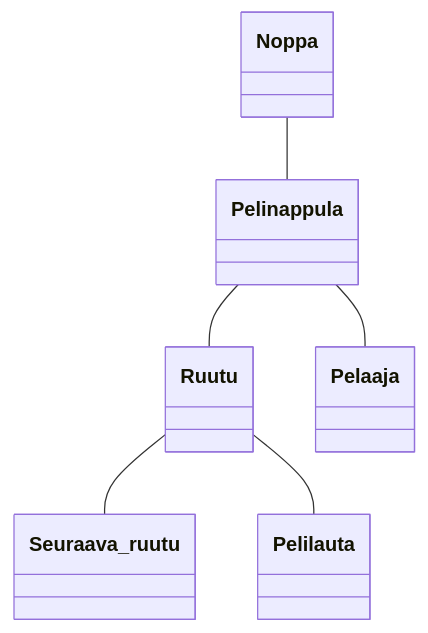
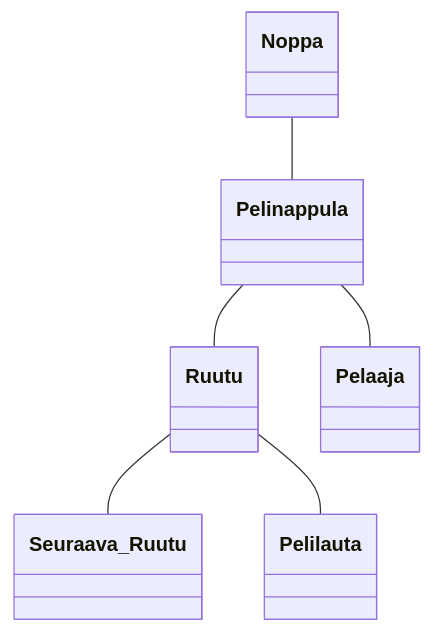
One commit to sohvip/ot-harjoitustyo changed the diagram in laskarit/viikko3/monopoli_luokkakaavio.md. Above: the diagram before and after it, drawn with Mermaid.

````diff
--- a/laskarit/viikko3/monopoli_luokkakaavio.md
+++ b/laskarit/viikko3/monopoli_luokkakaavio.md
@@ -1,9 +1,9 @@
 ```mermaid
   classDiagram
       Noppa -- Pelinappula
       Pelinappula -- Ruutu
       Pelinappula -- Pelaaja
-      Ruutu -- Seuraava_ruutu
+      Ruutu -- Seuraava_Ruutu
       Ruutu -- Pelilauta
       
 ```
````
